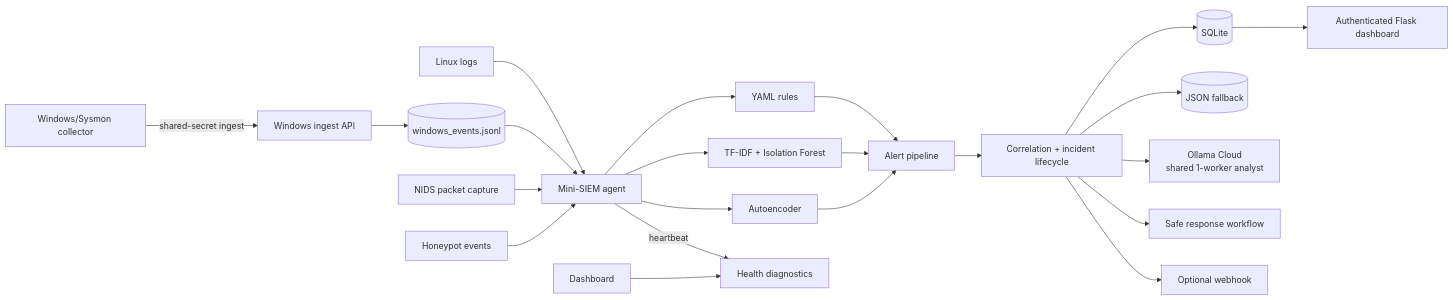
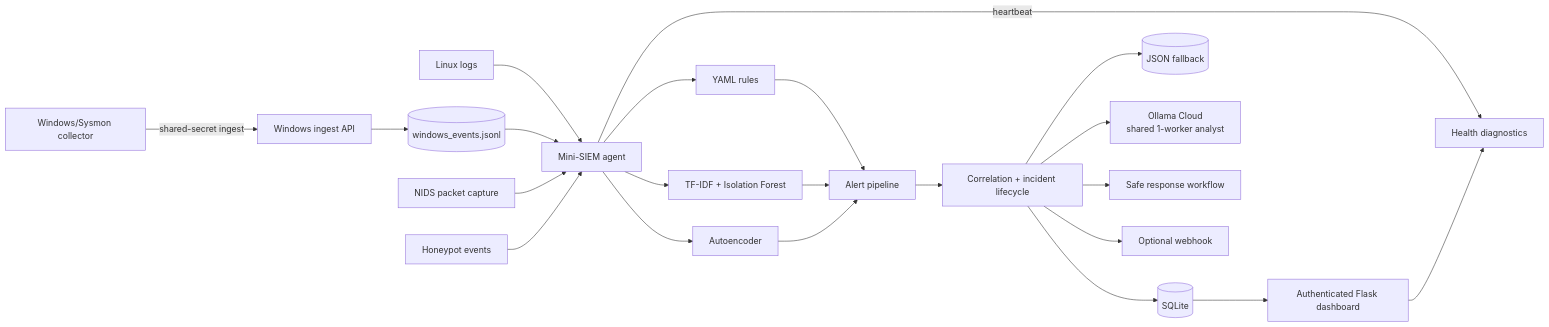
Before and after one commit to zenniskayy2k4/Mini-SIEM: the diagram in README.md, drawn with Mermaid. The commit also changed other lines of this file and 3 other files, not shown here.

````diff
--- a/README.md
+++ b/README.md
@@ -27,27 +30,27 @@
 ```mermaid
 flowchart LR
     Linux[Linux logs] --> Agent[Mini-SIEM agent]
     Windows[Windows/Sysmon collector] -->|shared-secret ingest| Ingest[Windows ingest API]
     Ingest --> WinFile[(windows_events.jsonl)]
     WinFile --> Agent
     NIDS[NIDS packet capture] --> Agent
     Honey[Honeypot events] --> Agent
 
     Agent --> Rules[YAML rules]
     Agent --> NLP[TF-IDF + Isolation Forest]
     Agent --> AE[Autoencoder]
     Rules --> Pipeline[Alert pipeline]
     NLP --> Pipeline
     AE --> Pipeline
 
     Pipeline --> Correlation[Correlation + incident lifecycle]
     Correlation --> SQLite[(SQLite)]
     Correlation --> JSON[(JSON fallback)]
     Correlation --> AI["Ollama Cloud<br/>shared 1-worker analyst"]
     Correlation --> Response[Safe response workflow]
     Correlation --> Webhook[Optional webhook]
 
     SQLite --> UI[Authenticated Flask dashboard]
     Agent -->|heartbeat| Health[Health diagnostics]
-    Dashboard --> Health
+    UI --> Health
 ```
````
